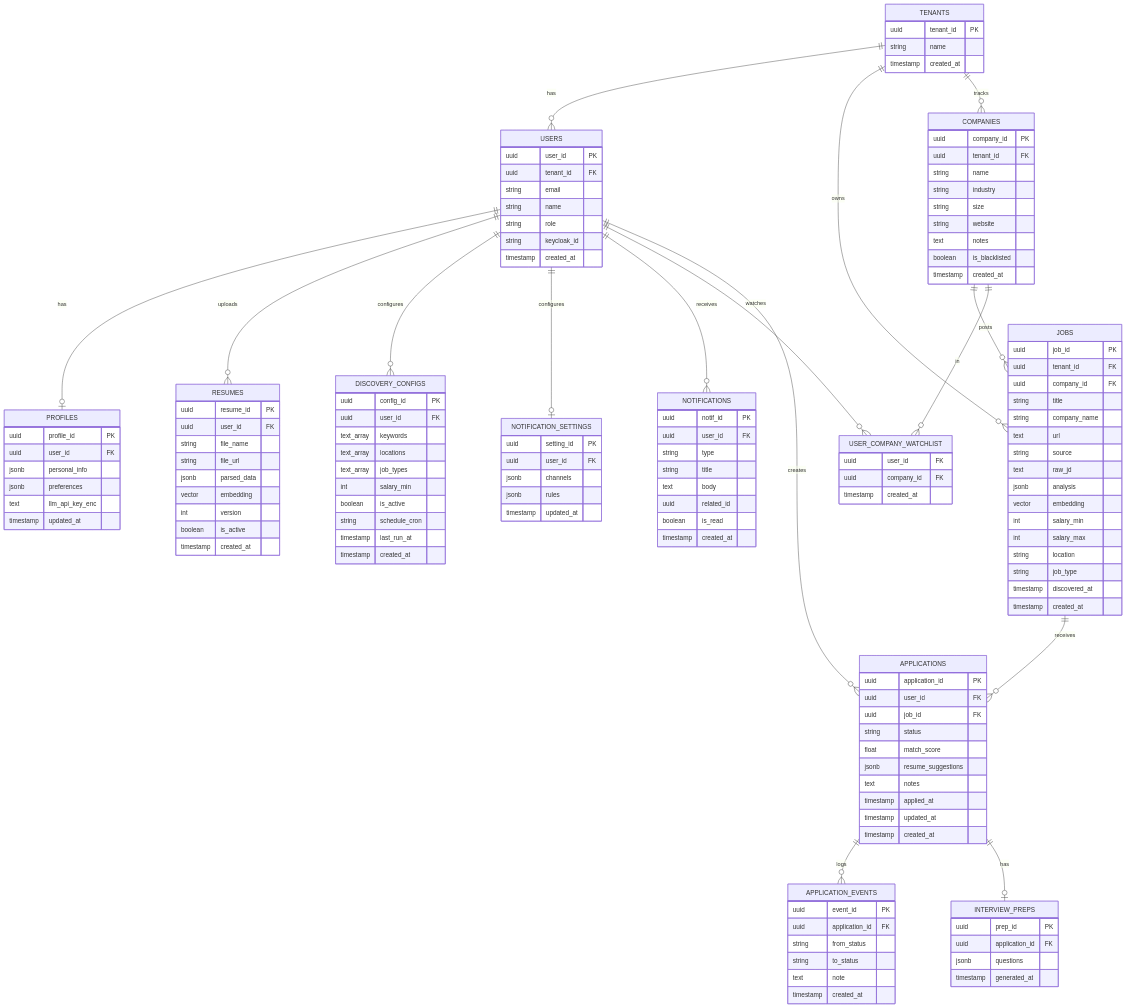
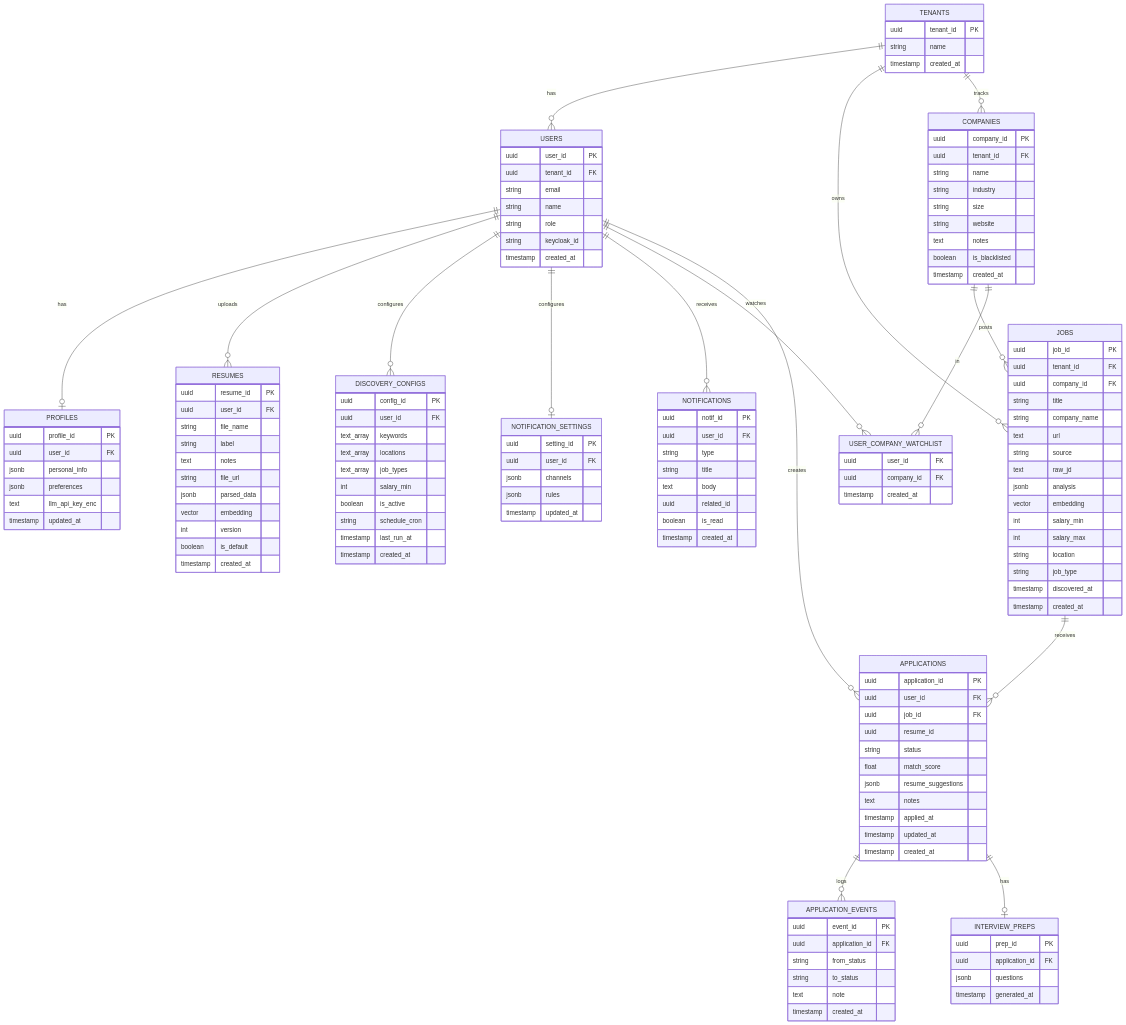
Diagram 11 of 13 in docs/SAD.md (shangxiang0907/JobCopilot), drawn with Mermaid before and after one commit. The commit also changed other lines of this file and 2 other files, not shown here.

```diff
--- a/docs/SAD.md
+++ b/docs/SAD.md
@@ -432,11 +446,13 @@
         uuid resume_id PK
         uuid user_id FK
         string file_name
+        string label
+        text notes
         string file_url
         jsonb parsed_data
         vector embedding
         int version
-        boolean is_active
+        boolean is_default
         timestamp created_at
     }
 
@@ -481,6 +497,7 @@
         uuid application_id PK
         uuid user_id FK
         uuid job_id FK
+        uuid resume_id
         string status
         float match_score
         jsonb resume_suggestions
```
